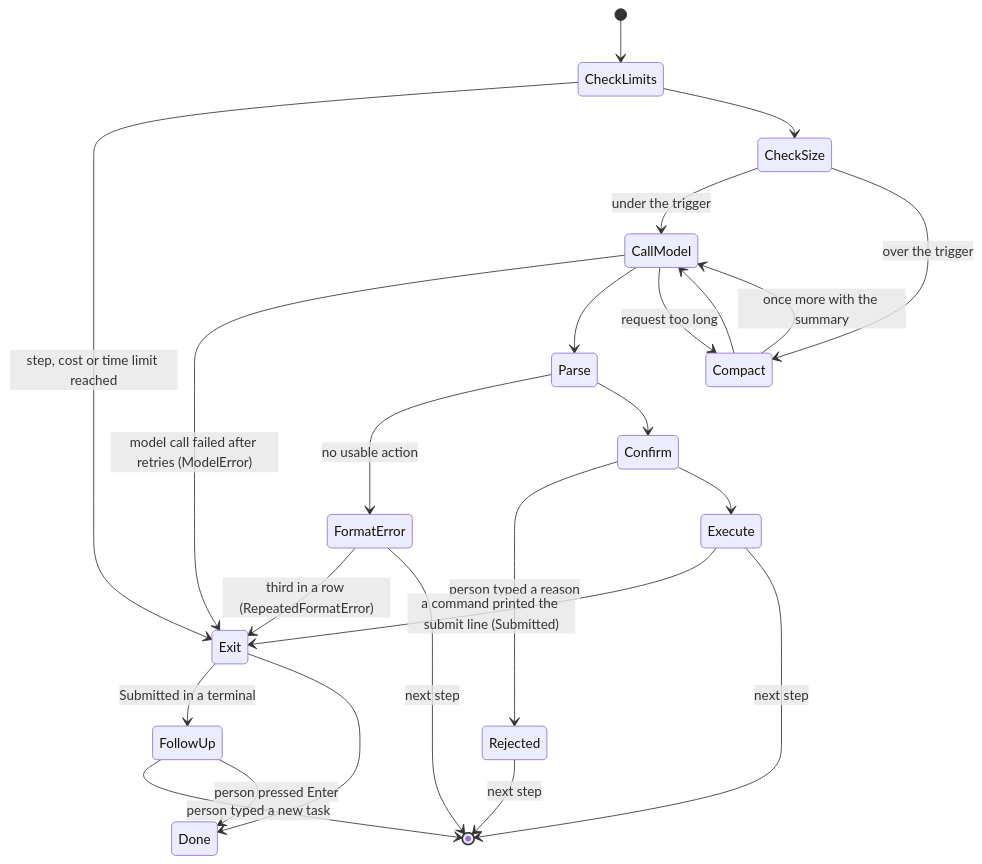
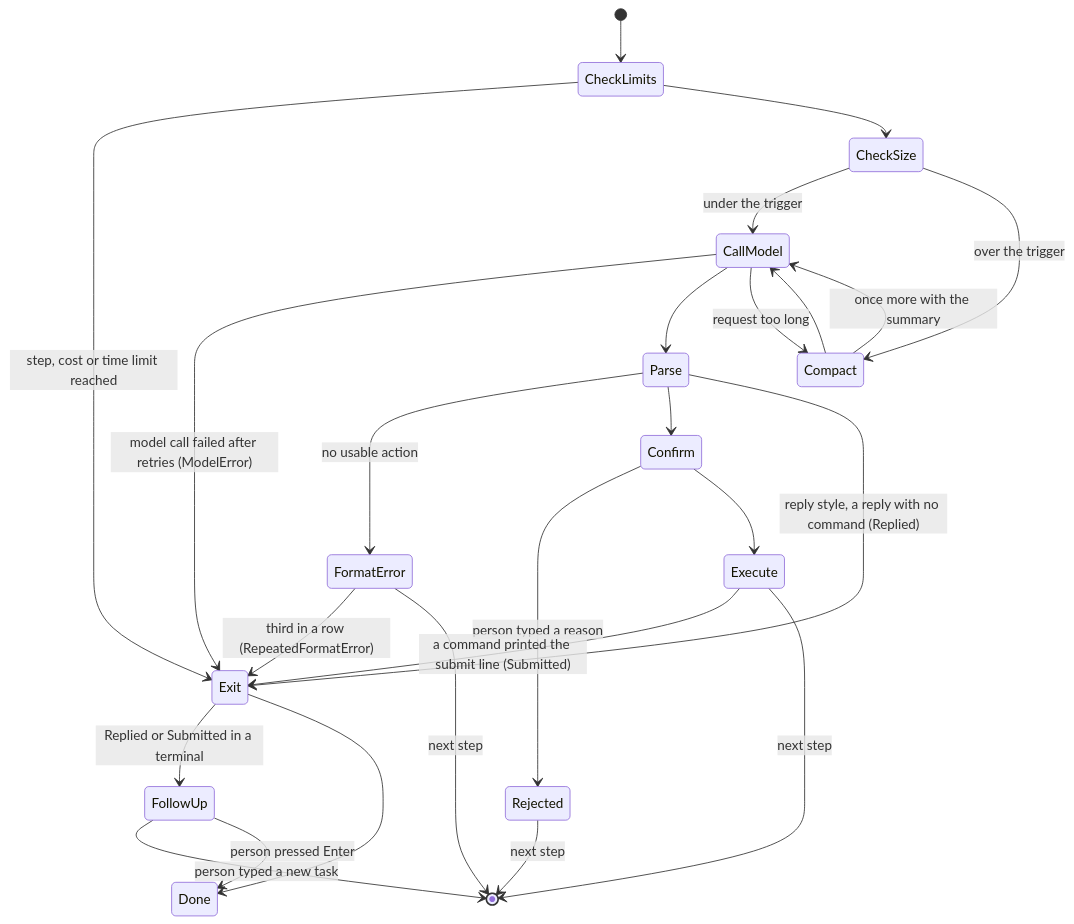
Before and after one commit to Black-Rainbow-Labs/umbra: the third of 5 diagrams in docs/architecture.md, drawn with Mermaid. The commit also changed other lines of this file and 3 other files, not shown here.

````diff
--- a/docs/architecture.md
+++ b/docs/architecture.md
@@ -101,26 +101,27 @@
 ```mermaid
 stateDiagram-v2
     [*] --> CheckLimits
     CheckLimits --> Exit: step, cost or time limit reached
     CheckLimits --> CheckSize
     CheckSize --> CallModel: under the trigger
     CheckSize --> Compact: over the trigger
     Compact --> CallModel
     CallModel --> Exit: model call failed after retries (ModelError)
     CallModel --> Parse
     Parse --> FormatError: no usable action
     FormatError --> Exit: third in a row (RepeatedFormatError)
     FormatError --> [*]: next step
     CallModel --> Compact: request too long
     Compact --> CallModel: once more with the summary
     Parse --> Confirm
     Confirm --> Rejected: person typed a reason
     Rejected --> [*]: next step
     Confirm --> Execute
+    Parse --> Exit: reply style, a reply with no command (Replied)
     Execute --> Exit: a command printed the submit line (Submitted)
     Execute --> [*]: next step
-    Exit --> FollowUp: Submitted in a terminal
+    Exit --> FollowUp: Replied or Submitted in a terminal
     FollowUp --> [*]: person typed a new task
     FollowUp --> Done: person pressed Enter
     Exit --> Done
 ```
````
